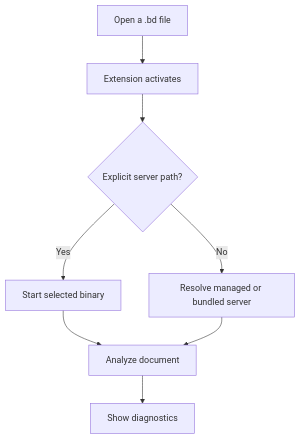
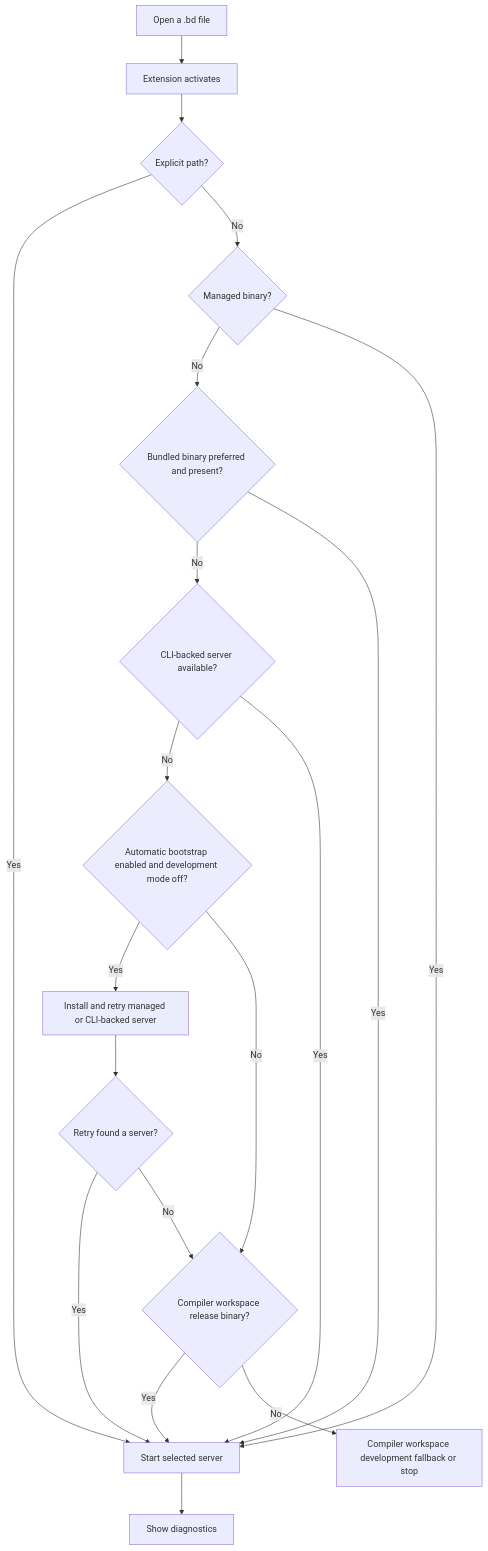
One commit to Cyber-Nomad-Collective/beskid changed the diagram in site/website/src/content/docs/docs/getting-started/editor.md. Above: the diagram before and after it, drawn with Mermaid. The commit also changed other lines of this file and 6 other files, not shown here.

````diff
--- a/site/website/src/content/docs/docs/getting-started/editor.md
+++ b/site/website/src/content/docs/docs/getting-started/editor.md
@@ -37,12 +37,23 @@
 ```mermaid
 flowchart TD
   accTitle: Editor and language server
-  accDescr: VS Code activates the extension, the extension selects one language-server binary, and the server returns diagnostics for the open Beskid document.
+  accDescr: Follow the extension fallback order until one language server starts or selection stops with an error.
   A[Open a .bd file] --> B[Extension activates]
-  B --> C{Explicit server path?}
-  C -->|Yes| D[Start selected binary]
-  C -->|No| E[Resolve managed or bundled server]
-  D --> F[Analyze document]
-  E --> F
-  F --> G[Show diagnostics]
+  B --> C{Explicit path?}
+  C -->|Yes| Z[Start selected server]
+  C -->|No| D{Managed binary?}
+  D -->|No| E{Bundled binary preferred and present?}
+  E -->|No| F{CLI-backed server available?}
+  F -->|No| G{Automatic bootstrap enabled and development mode off?}
+  G -->|Yes| H[Install and retry managed or CLI-backed server]
+  H --> L{Retry found a server?}
+  L -->|Yes| Z
+  L -->|No| I{Compiler workspace release binary?}
+  G -->|No| I
+  I -->|Yes| Z
+  I -->|No| J[Compiler workspace development fallback or stop]
+  D -->|Yes| Z
+  E -->|Yes| Z
+  F -->|Yes| Z
+  Z --> K[Show diagnostics]
 ```
````
